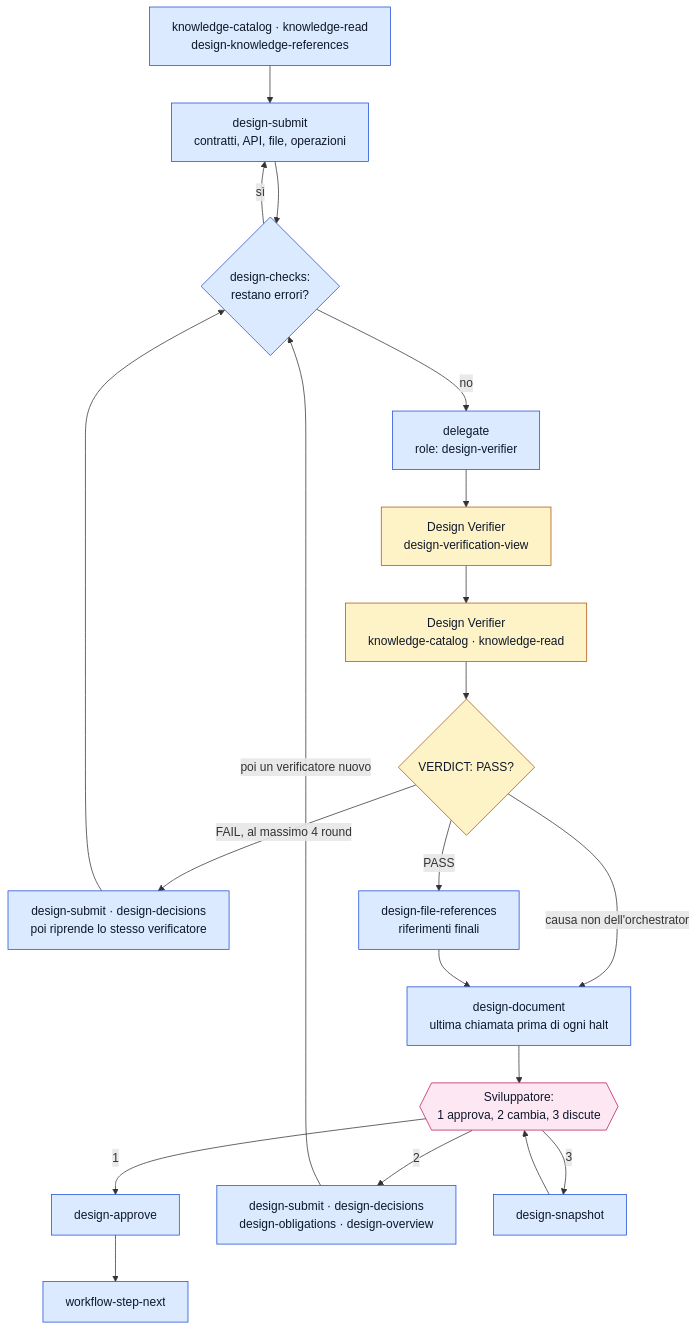
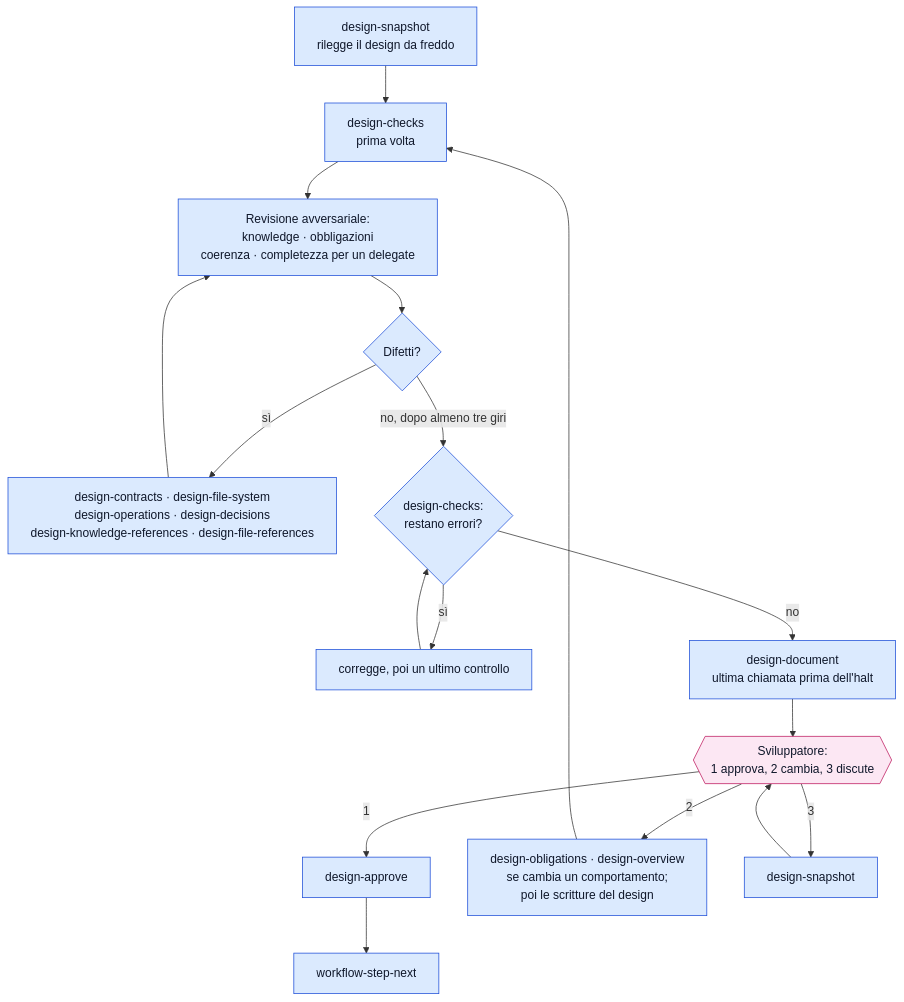
The second of 4 diagrams in orchestrator/reference/strumenti-design.md (violabg/agentic-system-lessons), drawn with Mermaid before and after one commit. The commit also changed other lines of this file and 69 other files, not shown here.

````diff
--- a/orchestrator/reference/strumenti-design.md
+++ b/orchestrator/reference/strumenti-design.md
@@ -63,30 +60,24 @@
 ```mermaid
 %%{init: {"flowchart": {"wrappingWidth": 460}}}%%
 flowchart TD
-    Delta["knowledge-catalog · knowledge-read<br/>design-knowledge-references"] --> Submit["design-submit<br/>contratti, API, file, operazioni"]
-    Submit --> Checks{"design-checks:<br/>restano errori?"}
-    Checks -->|sì| Submit
-    Checks -->|no| Start["delegate<br/>role: design-verifier"]
-    Start --> View["Design Verifier<br/>design-verification-view"]
-    View --> Know["Design Verifier<br/>knowledge-catalog · knowledge-read"]
-    Know --> Verdict{"VERDICT: PASS?"}
-    Verdict -->|"FAIL, al massimo 4 round"| Repair["design-submit · design-decisions<br/>poi riprende lo stesso verificatore"]
-    Repair --> Checks
-    Verdict -->|"causa non dell'orchestrator"| Doc
-    Verdict -->|PASS| Refs["design-file-references<br/>riferimenti finali"]
-    Refs --> Doc["design-document<br/>ultima chiamata prima di ogni halt"]
+    Cold["design-snapshot<br/>rilegge il design da freddo"] --> First["design-checks<br/>prima volta"]
+    First --> Attack["Revisione avversariale:<br/>knowledge · obbligazioni<br/>coerenza · completezza per un delegate"]
+    Attack --> Defect{"Difetti?"}
+    Defect -->|sì| Fix["design-contracts · design-file-system<br/>design-operations · design-decisions<br/>design-knowledge-references · design-file-references"]
+    Fix --> Attack
+    Defect -->|"no, dopo almeno tre giri"| Final{"design-checks:<br/>restano errori?"}
+    Final -->|sì| Fix2["corregge, poi un ultimo controllo"]
+    Fix2 --> Final
+    Final -->|no| Doc["design-document<br/>ultima chiamata prima dell'halt"]
     Doc --> Review{{"Sviluppatore:<br/>1 approva, 2 cambia, 3 discute"}}
     Review -->|1| Approve["design-approve"]
     Approve --> Next["workflow-step-next"]
-    Review -->|2| Change["design-submit · design-decisions<br/>design-obligations · design-overview"]
-    Change -->|"poi un verificatore nuovo"| Checks
+    Review -->|2| Change["design-obligations · design-overview<br/>se cambia un comportamento;<br/>poi le scritture del design"]
+    Change --> First
     Review -->|3| Discuss["design-snapshot"]
     Discuss --> Review
     classDef orch fill:#dbeafe,stroke:#1d4ed8,color:#0f172a
-    classDef impl fill:#dcfce7,stroke:#15803d,color:#0f172a
-    classDef verif fill:#fef3c7,stroke:#b45309,color:#0f172a
     classDef human fill:#fce7f3,stroke:#be185d,color:#0f172a
-    class Delta,Submit,Checks,Start,Repair,Refs,Doc,Approve,Next,Change,Discuss orch
-    class View,Know,Verdict verif
+    class Cold,First,Attack,Defect,Fix,Final,Fix2,Doc,Approve,Next,Change,Discuss orch
     class Review human
 ```
````
